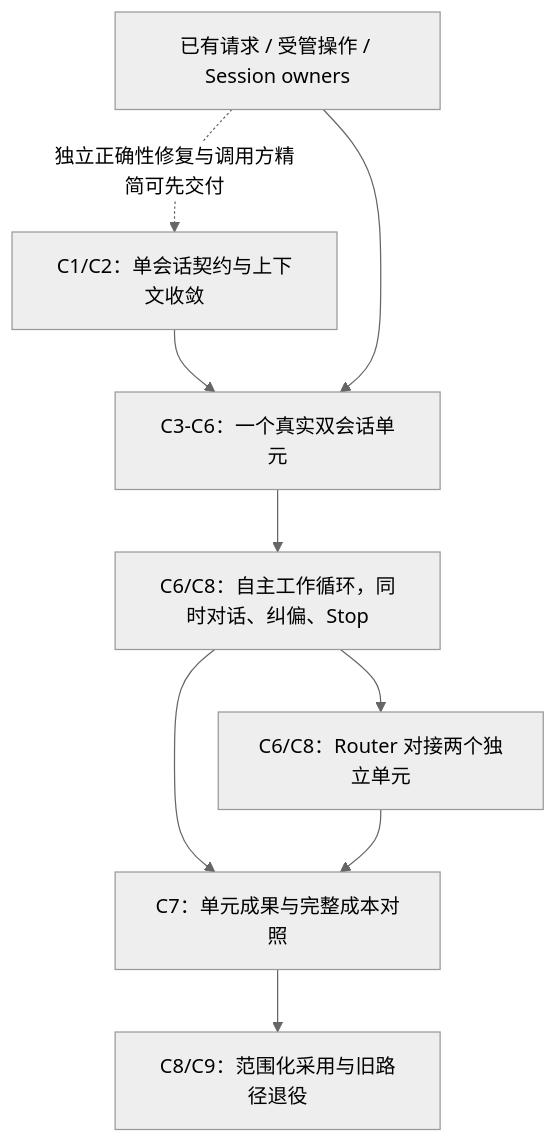
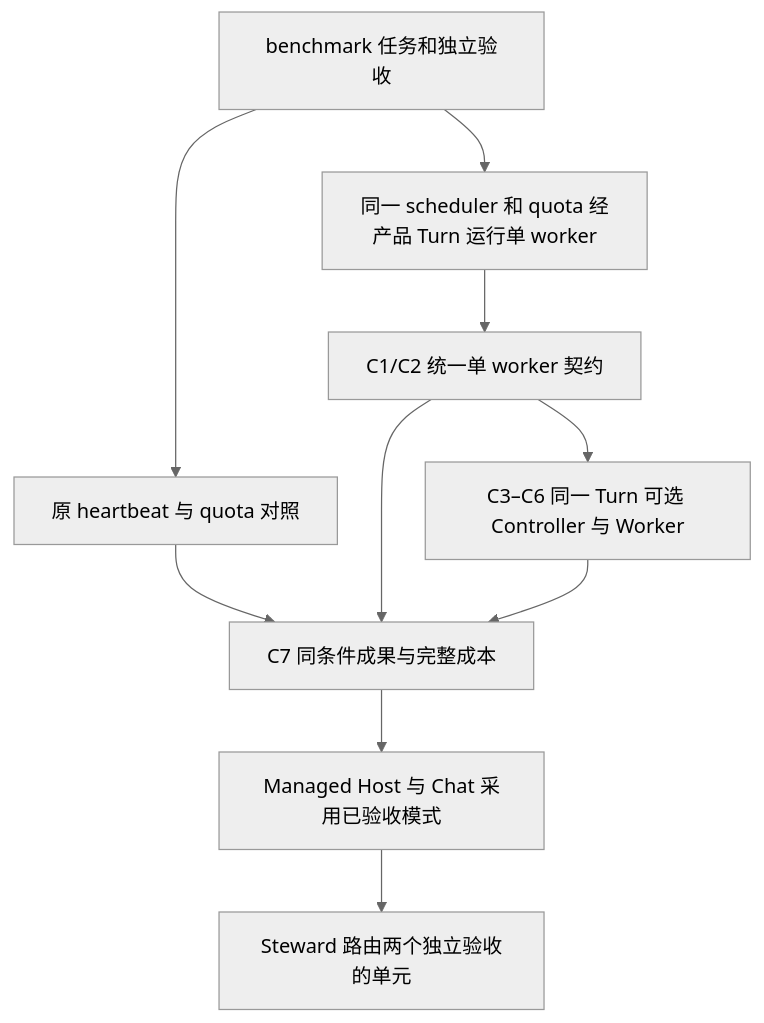
The ninth of 9 diagrams in docs/architecture/rfcs/controller-executor-unified-contract-v0.zh-CN.md (loopx-project/loopx), drawn with Mermaid (neutral theme) before and after one commit. The commit also changed other lines of this file and 18 other files, not shown here.

````diff
--- a/docs/architecture/rfcs/controller-executor-unified-contract-v0.zh-CN.md
+++ b/docs/architecture/rfcs/controller-executor-unified-contract-v0.zh-CN.md
@@ -800,11 +802,12 @@
 ```mermaid
 flowchart TB
-  C1[C1/C2：单会话契约与上下文收敛] --> U[C3-C6：一个真实双会话单元]
-  F[已有请求 / 受管操作 / Session owners] --> U
-  U --> I[C6/C8：自主工作循环，同时对话、纠偏、Stop]
-  I --> R[C6/C8：Router 对接两个独立单元]
-  I --> E[C7：单元成果与完整成本对照]
-  R --> E
-  E --> Q[C8/C9：范围化采用与旧路径退役]
-  F -.独立正确性修复与调用方精简可先交付.-> C1
+  B[benchmark 任务和独立验收] --> H[原 heartbeat 与 quota 对照]
+  B --> T[同一 scheduler 和 quota 经产品 Turn 运行单 worker]
+  T --> U[C1/C2 统一单 worker 契约]
+  U --> D[C3–C6 同一 Turn 可选 Controller 与 Worker]
+  H --> E[C7 同条件成果与完整成本]
+  U --> E
+  D --> E
+  E --> P[Managed Host 与 Chat 采用已验收模式]
+  P --> R[Steward 路由两个独立验收的单元]
 ```
````
